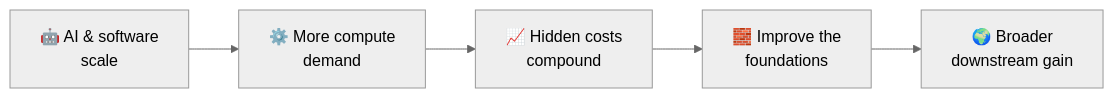
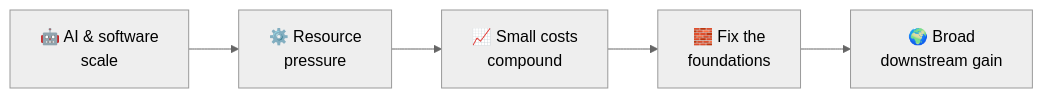
The first of 6 diagrams in README.md (Johnny-Kao/CoreFoundry-Project), drawn with Mermaid (neutral theme) before and after one commit. The commit also changed other lines of this file, not shown here.

````diff
--- a/README.md
+++ b/README.md
@@ -18,7 +31,7 @@
 ```mermaid
 flowchart LR
-    A["🤖 AI & software<br/>scale"] --> B["⚙️ More compute<br/>demand"]
-    B --> C["📈 Hidden costs<br/>compound"]
-    C --> D["🧱 Improve the<br/>foundations"]
-    D --> E["🌍 Broader<br/>downstream gain"]
+    A["🤖 AI & software<br/>scale"] --> B["⚙️ Resource<br/>pressure"]
+    B --> C["📈 Small costs<br/>compound"]
+    C --> D["🧱 Fix the<br/>foundations"]
+    D --> E["🌍 Broad<br/>downstream gain"]
 ```
````
